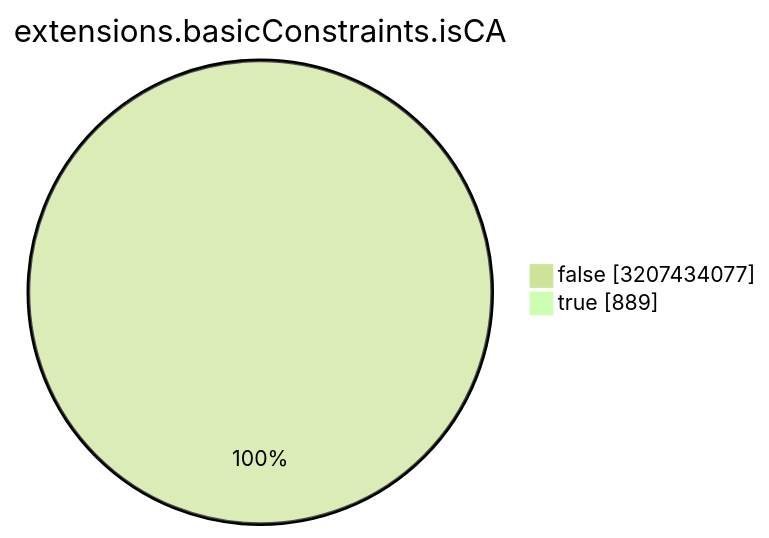
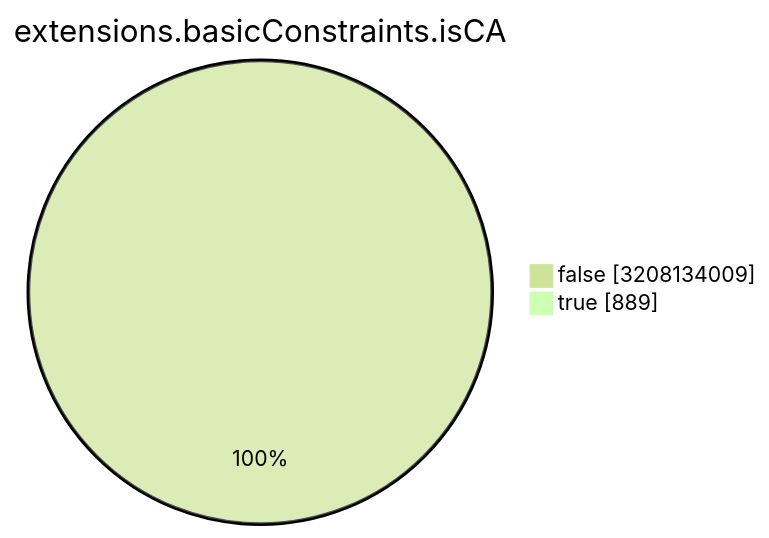
One commit to christiankrug/ctmonitor_visualization changed the seventh of 15 diagrams in TOTAL/README.md. Above: the diagram before and after it, drawn with Mermaid (forest theme). The commit also changed other lines of this file, not shown here.

````diff
--- a/TOTAL/README.md
+++ b/TOTAL/README.md
@@ -3088,6 +3088,6 @@
 ```mermaid
 pie showData
 title extensions.basicConstraints.isCA
-"false" :3207434077
+"false" :3208134009
 "true" :889
 ```
````
